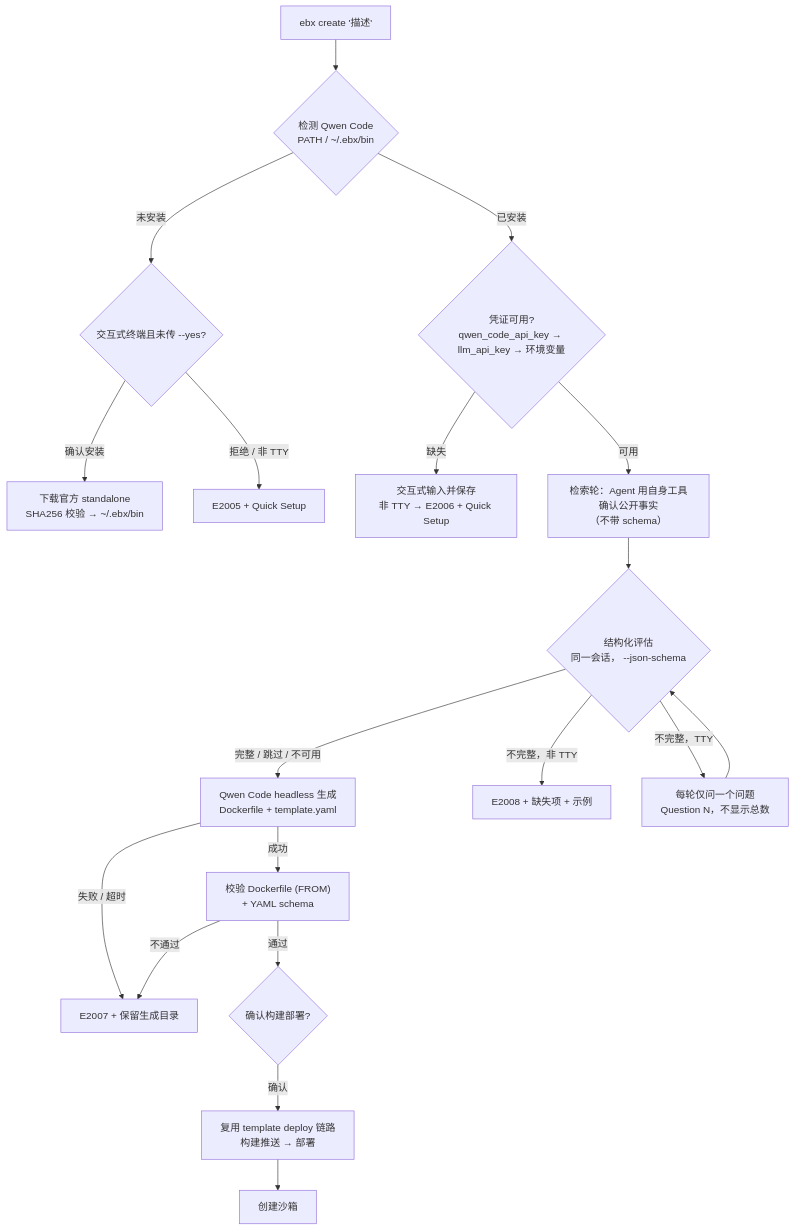
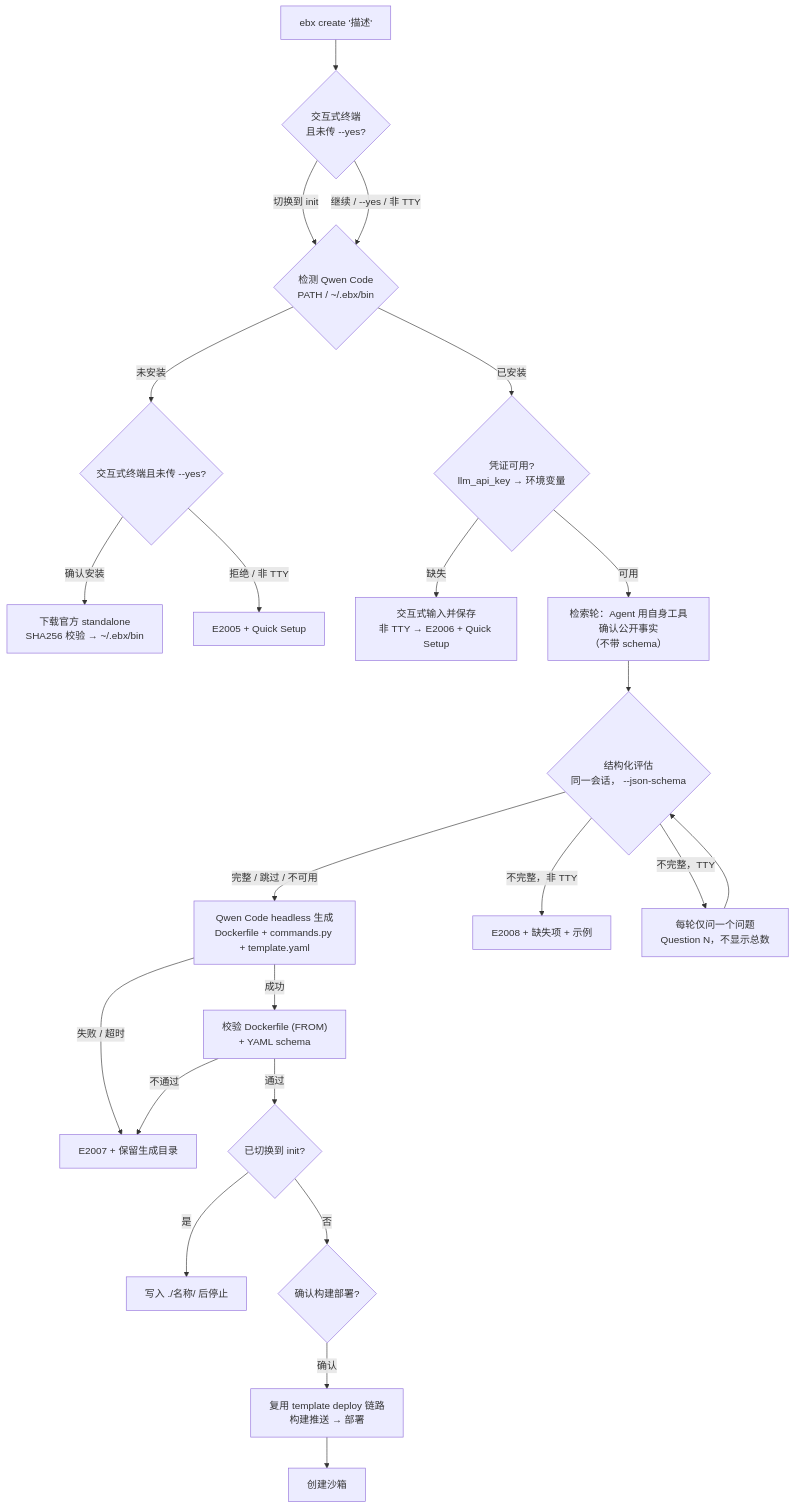
Before and after one commit to Easy-Sandbox/easy-sandbox: the second of 2 diagrams in docs/zh/design/cli-design.md, drawn with Mermaid. The commit also changed other lines of this file and 176 other files, not shown here.

````diff
--- a/docs/zh/design/cli-design.md
+++ b/docs/zh/design/cli-design.md
@@ -158,21 +158,25 @@
 ```mermaid
 graph TD
-    Input["ebx create '描述'"] --> Find{"检测 Qwen Code<br/>PATH / ~/.ebx/bin"}
+    Input["ebx create '描述'"] --> Scope{"交互式终端<br/>且未传 --yes?"}
+    Scope -- "切换到 init" --> Find
+    Scope -- "继续 / --yes / 非 TTY" --> Find{"检测 Qwen Code<br/>PATH / ~/.ebx/bin"}
     Find -- 未安装 --> Install{"交互式终端且未传 --yes?"}
     Install -- 确认安装 --> Download["下载官方 standalone<br/>SHA256 校验 → ~/.ebx/bin"]
     Install -- 拒绝 / 非 TTY --> E2005["E2005 + Quick Setup"]
-    Find -- 已安装 --> Creds{"凭证可用?<br/>qwen_code_api_key → llm_api_key → 环境变量"}
+    Find -- 已安装 --> Creds{"凭证可用?<br/>llm_api_key → 环境变量"}
     Creds -- 缺失 --> Prompt["交互式输入并保存<br/>非 TTY → E2006 + Quick Setup"]
     Creds -- 可用 --> Research["检索轮：Agent 用自身工具确认公开事实<br/>（不带 schema）"]
     Research --> Assess{"结构化评估<br/>同一会话， --json-schema"}
-    Assess -- "完整 / 跳过 / 不可用" --> Generate["Qwen Code headless 生成<br/>Dockerfile + template.yaml"]
+    Assess -- "完整 / 跳过 / 不可用" --> Generate["Qwen Code headless 生成<br/>Dockerfile + commands.py + template.yaml"]
     Assess -- "不完整，非 TTY" --> E2008["E2008 + 缺失项 + 示例"]
     Assess -- "不完整，TTY" --> Ask["每轮仅问一个问题<br/>Question N，不显示总数"]
     Ask --> Assess
     Generate -- 成功 --> Verify["校验 Dockerfile (FROM)<br/>+ YAML schema"]
     Generate -- 失败 / 超时 --> E2007["E2007 + 保留生成目录"]
-    Verify -- 通过 --> Confirm{"确认构建部署?"}
+    Verify -- 通过 --> Gate{"已切换到 init?"}
+    Gate -- 是 --> Local["写入 ./名称/ 后停止"]
+    Gate -- 否 --> Confirm{"确认构建部署?"}
     Confirm -- 确认 --> Deploy["复用 template deploy 链路<br/>构建推送 → 部署"]
     Deploy --> Create["创建沙箱"]
     Verify -- 不通过 --> E2007
 ```
````
